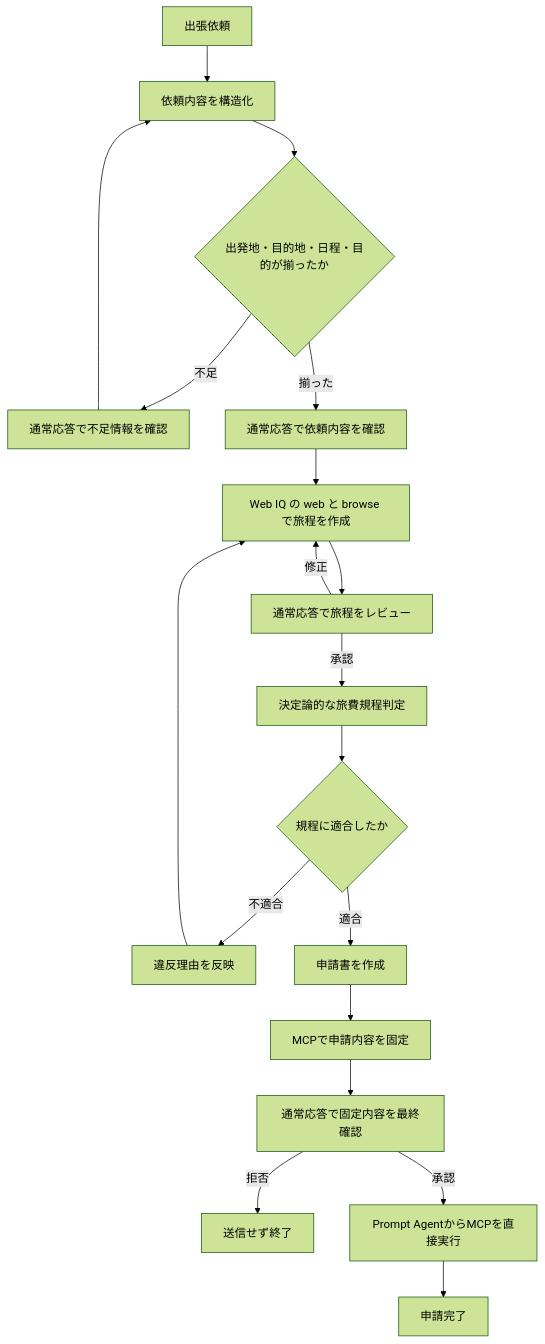
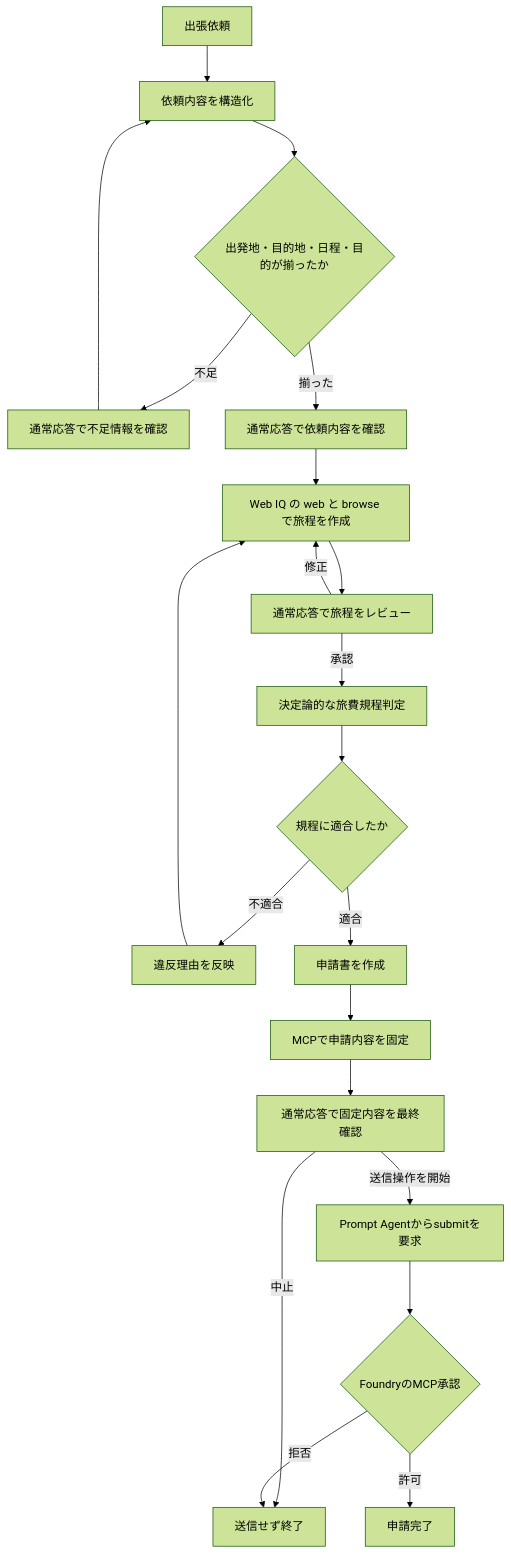
One commit to teshi22/grobal_azure_demo changed the second of 2 diagrams in README.md. Above: the diagram before and after it, drawn with Mermaid (forest theme). The commit also changed other lines of this file and 40 other files, not shown here.

Commit message:
refactor: require native MCP approval for submission

````diff
--- a/README.md
+++ b/README.md
@@ -129,19 +131,21 @@
 ```mermaid
 flowchart TD
     Start["出張依頼"] --> Clarify["依頼内容を構造化"]
     Clarify --> Complete{"出発地・目的地・日程・目的が揃ったか"}
     Complete -->|不足| Ask["通常応答で不足情報を確認"] --> Clarify
     Complete -->|揃った| Confirm["通常応答で依頼内容を確認"]
     Confirm --> Plan["Web IQ の web と browse で旅程を作成"]
     Plan --> Review["通常応答で旅程をレビュー"]
     Review -->|修正| Plan
     Review -->|承認| Rules["決定論的な旅費規程判定"]
     Rules --> Compliant{"規程に適合したか"}
     Compliant -->|不適合| Replan["違反理由を反映"] --> Plan
     Compliant -->|適合| Document["申請書を作成"]
     Document --> Prepare["MCPで申請内容を固定"]
     Prepare --> FinalConfirm["通常応答で固定内容を最終確認"]
-    FinalConfirm -->|拒否| Cancel["送信せず終了"]
-    FinalConfirm -->|承認| MCP["Prompt AgentからMCPを直接実行"]
-    MCP --> Done["申請完了"]
+    FinalConfirm -->|中止| Cancel["送信せず終了"]
+    FinalConfirm -->|送信操作を開始| MCP["Prompt Agentからsubmitを要求"]
+    MCP --> NativeApproval{"FoundryのMCP承認"}
+    NativeApproval -->|拒否| Cancel
+    NativeApproval -->|許可| Done["申請完了"]
 ```
````
